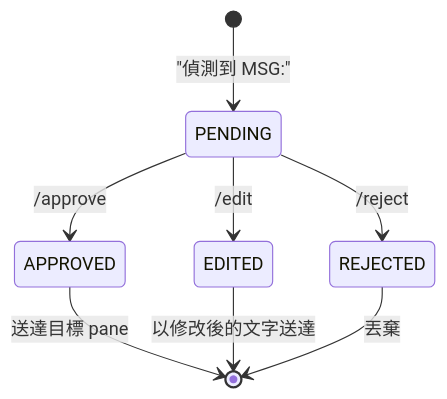
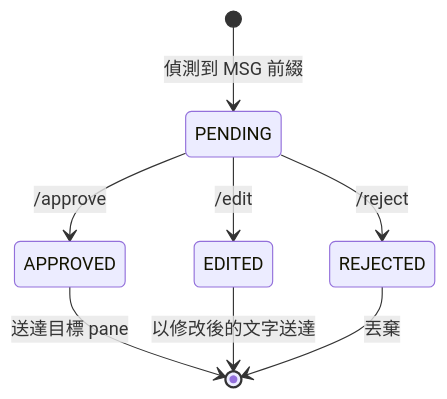
One commit to pingqLIN/terminal-bridge-v2 changed the second of 3 diagrams in README.zh-TW.md. Above: the diagram before and after it, drawn with Mermaid. The commit also changed 1 other file, not shown here.

Commit message:
fix: resolve Mermaid stateDiagram rendering on GitHub
Remove colon inside transition label that conflicts with Mermaid's
state --> state: label syntax, causing GitHub to fail rendering.

````diff
--- a/README.zh-TW.md
+++ b/README.zh-TW.md
@@ -184,10 +184,10 @@
 ```mermaid
 stateDiagram-v2
-    [*] --> PENDING: "偵測到 MSG:"
+    [*] --> PENDING : 偵測到 MSG 前綴
     PENDING --> APPROVED: /approve
     PENDING --> EDITED: /edit
     PENDING --> REJECTED: /reject
     APPROVED --> [*]: 送達目標 pane
     EDITED --> [*]: 以修改後的文字送達
     REJECTED --> [*]: 丟棄
 ```
````
